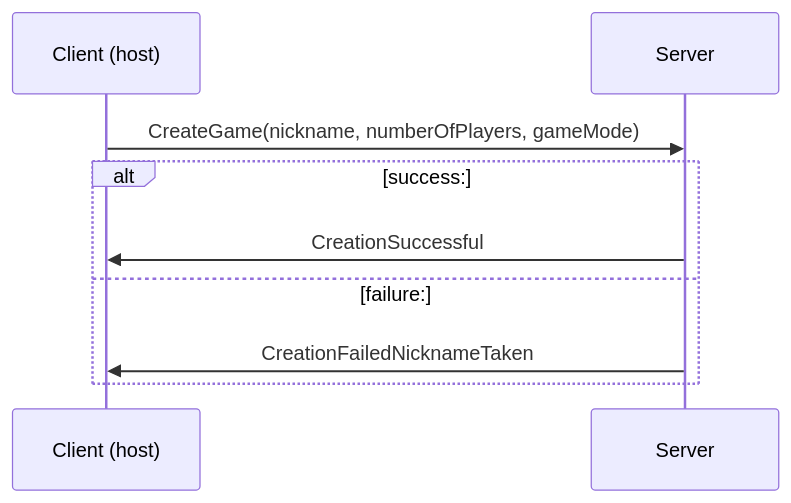
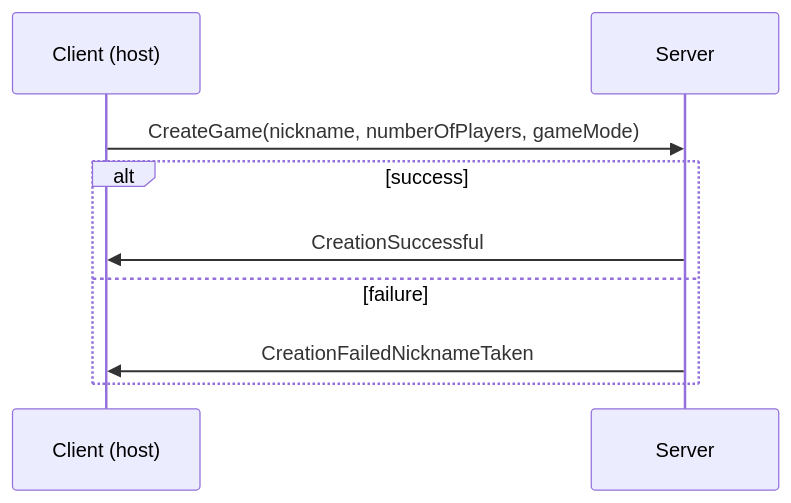
Before and after one commit to lorenzo-morelli/Eriantys: the first of 3 diagrams in deliveries/protocol_documentation.md, drawn with Mermaid. The commit also changed other lines of this file and 1 other file, not shown here.

````diff
--- a/deliveries/protocol_documentation.md
+++ b/deliveries/protocol_documentation.md
@@ -196,10 +186,10 @@
 ```mermaid
 sequenceDiagram
 Client (host) ->> Server: CreateGame(nickname, numberOfPlayers, gameMode)
-alt success:
+alt success
     Server->>Client (host): CreationSuccessful
-else failure:
+else failure
     Server->>Client (host): CreationFailedNicknameTaken
 end
 
 ```
````
